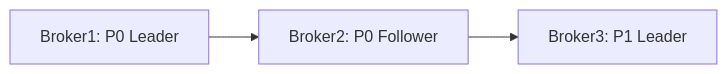
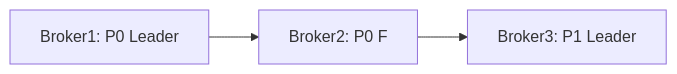
One commit to yjkim2015/yjkim2015.github.io changed the second of 11 diagrams in _posts/kafka/2026-05-01-kafka-fundamentals.md. Above: the diagram before and after it, drawn with Mermaid. The commit also changed other lines of this file and 245 other files, not shown here.

First line of the commit message:
Mermaid 다이어그램 전면 수정 + 면접 포인트 접기/펼치기 + DB 데드락 페이지

````diff
--- a/_posts/kafka/2026-05-01-kafka-fundamentals.md
+++ b/_posts/kafka/2026-05-01-kafka-fundamentals.md
@@ -75,5 +75,5 @@
 ```mermaid
 graph LR
-    B1["Broker1: P0 Leader"] --> B2["Broker2: P0 Follower"]
+    B1["Broker1: P0 Leader"] --> B2["Broker2: P0 F"]
     B2 --> B3["Broker3: P1 Leader"]
 ```
````
